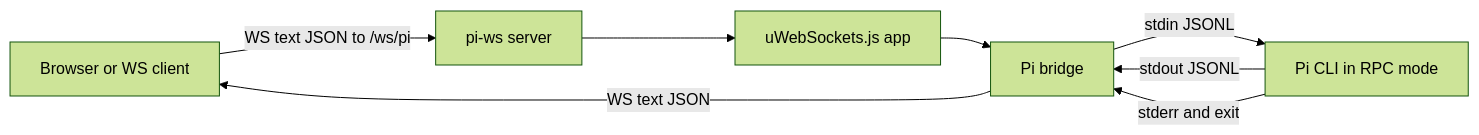
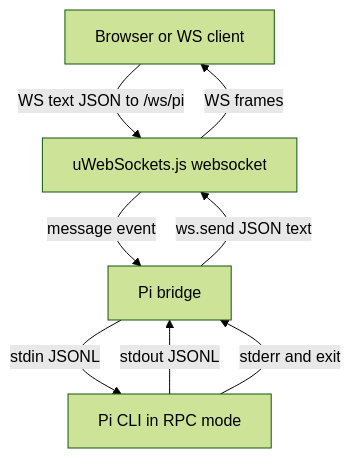
Before and after one commit to SkeLLLa/pi-ws: the diagram in README.md, drawn with Mermaid (forest theme).

````diff
--- a/README.md
+++ b/README.md
@@ -264,16 +264,15 @@
 ```mermaid
-flowchart LR
+flowchart TD
     Client[Browser or WS client]
-    Server[pi-ws server]
-    UWS[uWebSockets.js app]
+    UWS[uWebSockets.js websocket]
     Bridge[Pi bridge]
     Pi[Pi CLI in RPC mode]
 
-    Client -->|WS text JSON to /ws/pi| Server
-    Server --> UWS
-    UWS --> Bridge
+    Client -->|WS text JSON to /ws/pi| UWS
+    UWS -->|message event| Bridge
     Bridge -->|stdin JSONL| Pi
     Pi -->|stdout JSONL| Bridge
-    Bridge -->|WS text JSON| Client
     Pi -->|stderr and exit| Bridge
+    Bridge -->|ws.send JSON text| UWS
+    UWS -->|WS frames| Client
 ```
````
